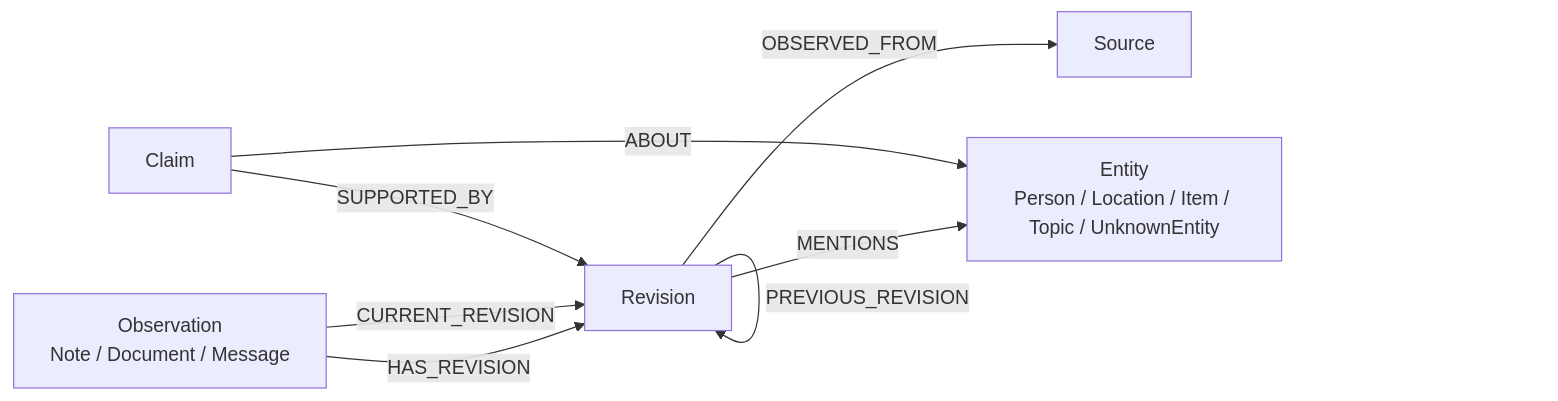
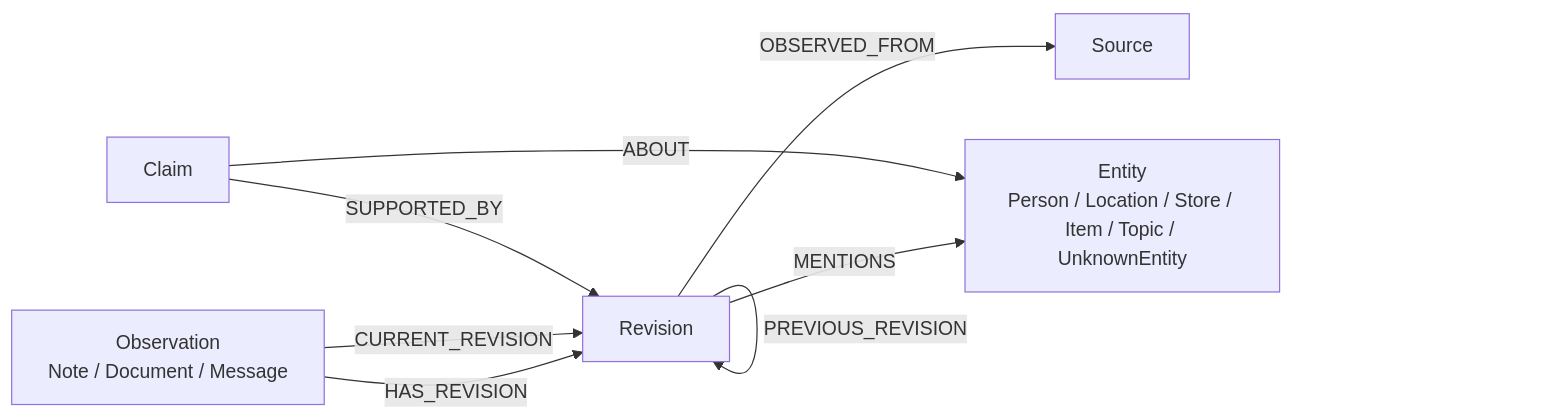
The diagram in docs/arcadedb-schema-design.md (fcrozetta/mnemosyne), drawn with Mermaid before and after one commit. The commit also changed other lines of this file and 29 other files, not shown here.

Commit message:
Align Mnemosyne with graph memory vision

````diff
--- a/docs/arcadedb-schema-design.md
+++ b/docs/arcadedb-schema-design.md
@@ -49,17 +49,17 @@
 ```mermaid
 flowchart LR
     O["Observation<br/>Note / Document / Message"]
     R["Revision"]
     S["Source"]
-    E["Entity<br/>Person / Location / Item / Topic / UnknownEntity"]
+    E["Entity<br/>Person / Location / Store / Item / Topic / UnknownEntity"]
     C["Claim"]
 
     O -->|HAS_REVISION| R
     O -->|CURRENT_REVISION| R
     R -->|PREVIOUS_REVISION| R
     R -->|OBSERVED_FROM| S
     R -->|MENTIONS| E
 
     C -->|ABOUT| E
     C -->|SUPPORTED_BY| R
 ```
````
